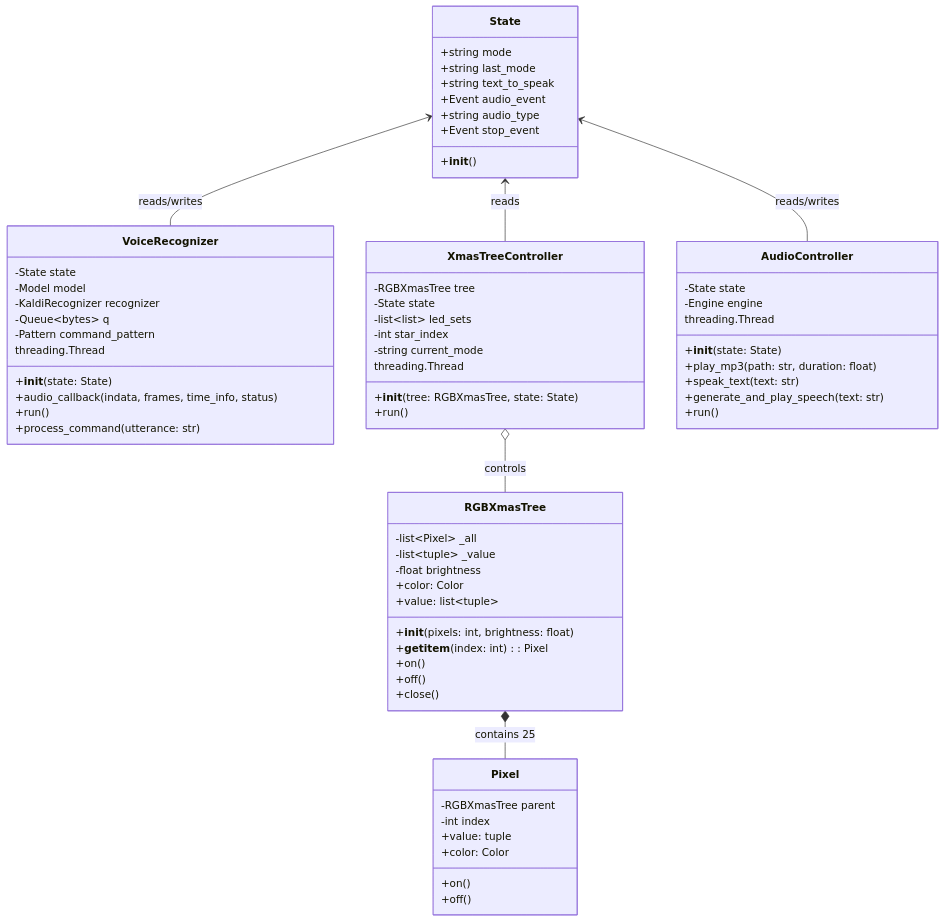
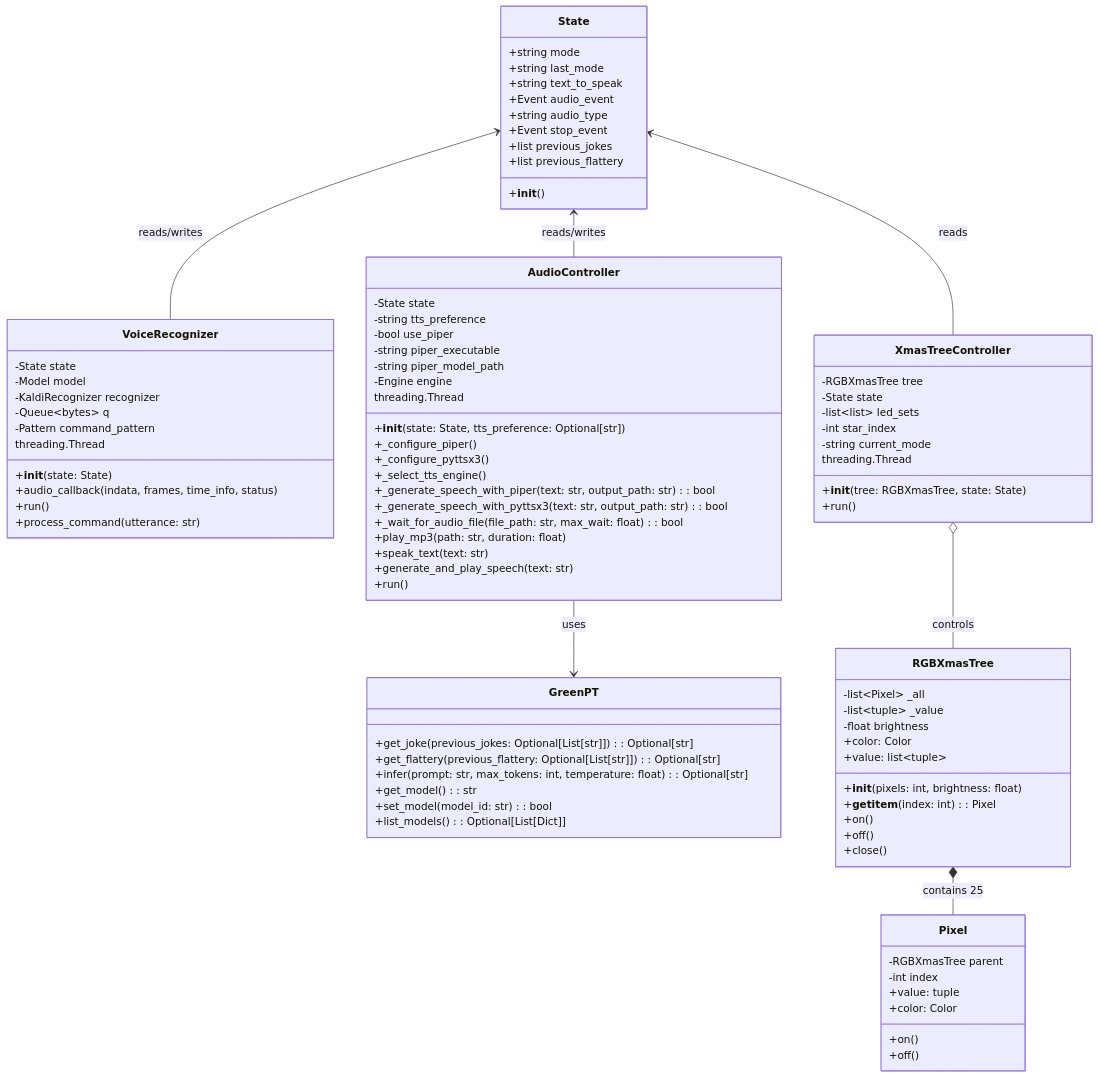
The sixth of 11 diagrams in ARCHITECTURE.md (malminhas/raspberrypi-xmastree), drawn with Mermaid before and after one commit. The commit also changed other lines of this file and 1 other file, not shown here.

Commit message:
Updated README.md and ARCHITECTURE.md to align with changes

```diff
--- a/ARCHITECTURE.md
+++ b/ARCHITECTURE.md
@@ -270,6 +288,8 @@
         +Event audio_event
         +string audio_type
         +Event stop_event
+        +list previous_jokes
+        +list previous_flattery
         +__init__()
     }
 
@@ -297,12 +317,31 @@
 
     class AudioController {
         -State state
+        -string tts_preference
+        -bool use_piper
+        -string piper_executable
+        -string piper_model_path
         -Engine engine
-        +__init__(state: State)
+        +__init__(state: State, tts_preference: Optional[str])
+        +_configure_piper()
+        +_configure_pyttsx3()
+        +_select_tts_engine()
+        +_generate_speech_with_piper(text: str, output_path: str): bool
+        +_generate_speech_with_pyttsx3(text: str, output_path: str): bool
+        +_wait_for_audio_file(file_path: str, max_wait: float): bool
         +play_mp3(path: str, duration: float)
         +speak_text(text: str)
         +generate_and_play_speech(text: str)
         +run()
+    }
+    
+    class GreenPT {
+        +get_joke(previous_jokes: Optional[List[str]]): Optional[str]
+        +get_flattery(previous_flattery: Optional[List[str]]): Optional[str]
+        +infer(prompt: str, max_tokens: int, temperature: float): Optional[str]
+        +get_model(): str
+        +set_model(model_id: str): bool
+        +list_models(): Optional[List[Dict]]
     }
 
     class RGBXmasTree {
@@ -330,6 +369,7 @@
     State <-- VoiceRecognizer : reads/writes
     State <-- XmasTreeController : reads
     State <-- AudioController : reads/writes
+    AudioController --> GreenPT : uses
     RGBXmasTree *-- Pixel : contains 25
     XmasTreeController o-- RGBXmasTree : controls
     VoiceRecognizer : threading.Thread
```
